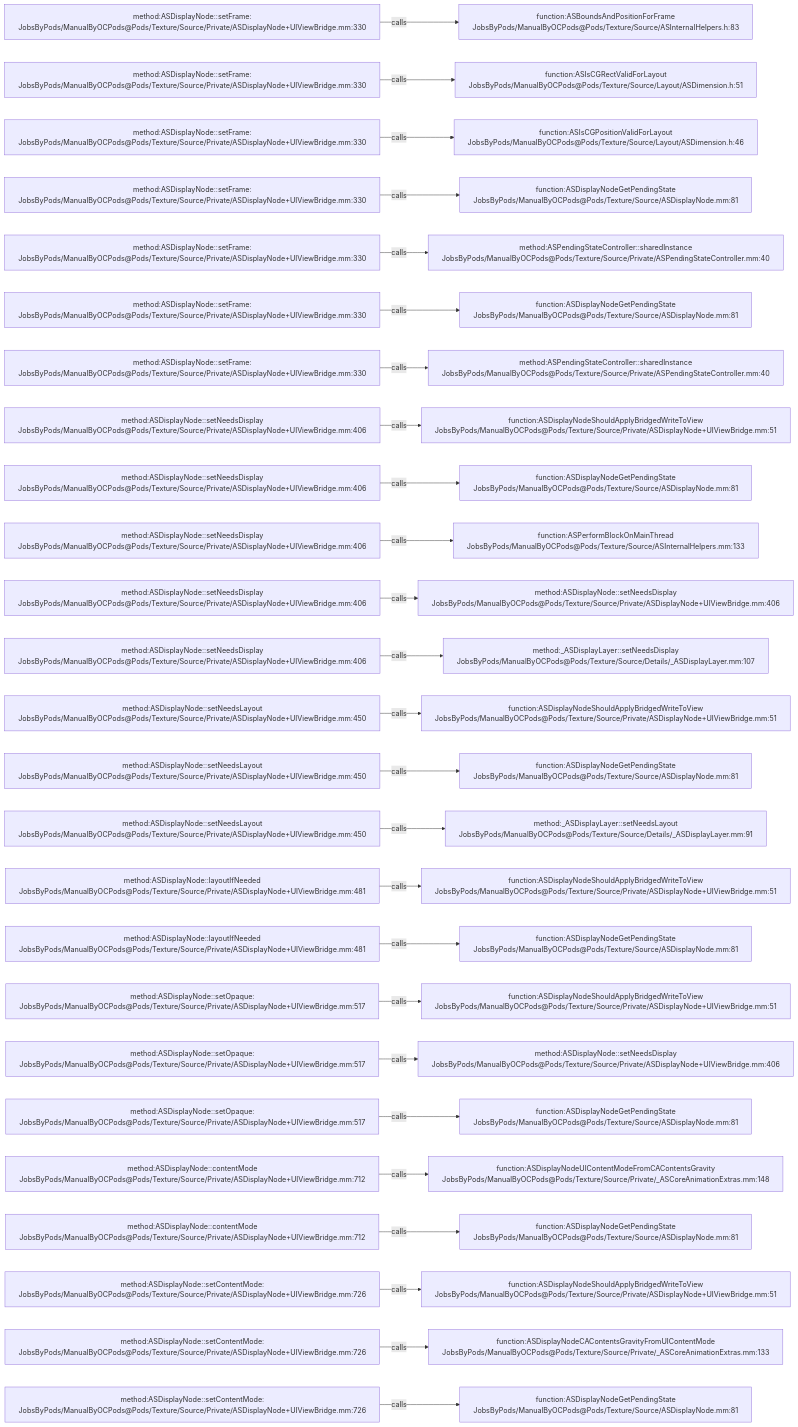
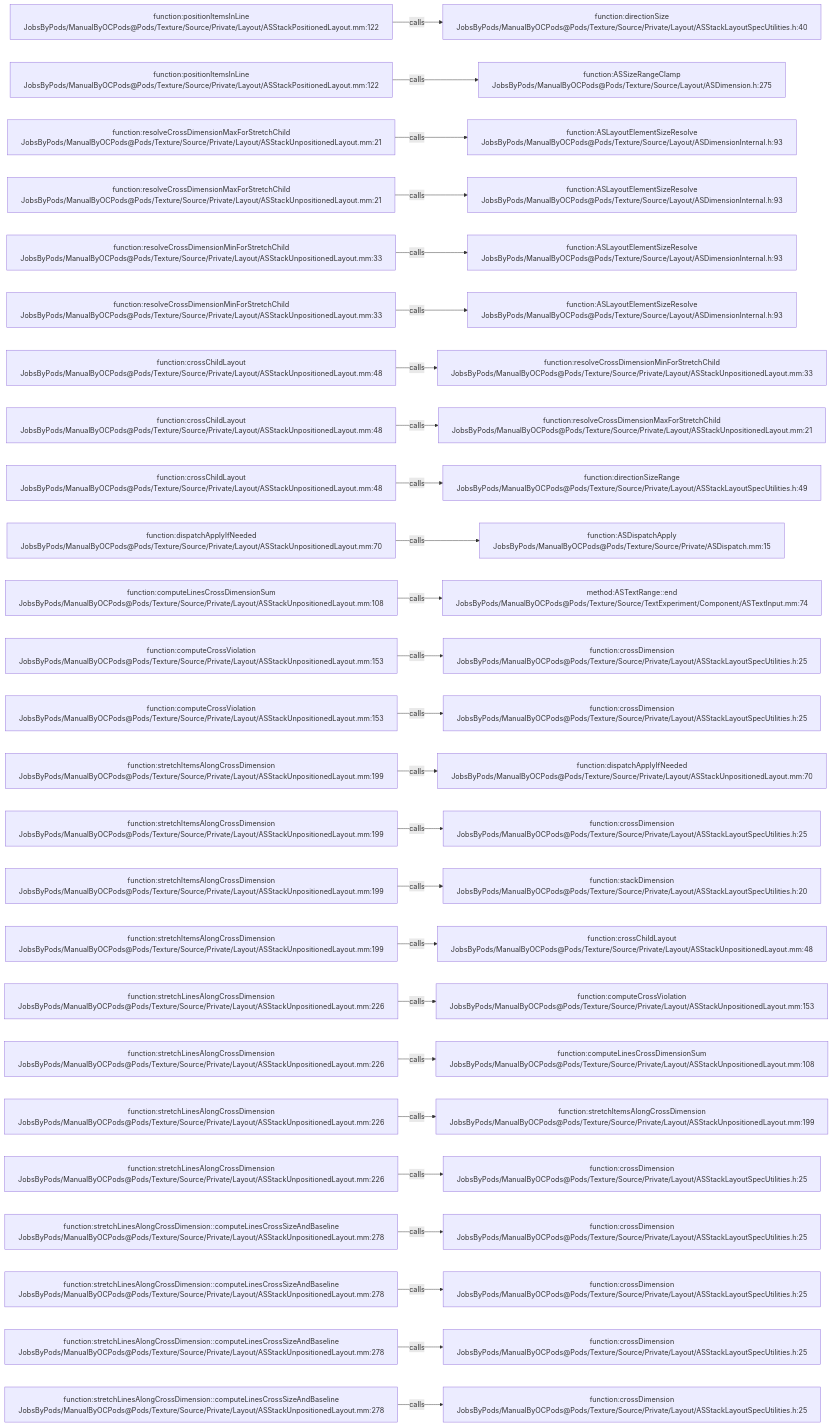
Before and after one commit to JobsKits/JobsOCBaseConfigDemo: the diagram in .codegraph/codegraph.md/graphs/calls-186.md, drawn with Mermaid. The commit also changed 1448 other files, not shown here.

````diff
--- a/.codegraph/codegraph.md/graphs/calls-186.md
+++ b/.codegraph/codegraph.md/graphs/calls-186.md
@@ -13,78 +13,78 @@
 ```mermaid
 flowchart LR
-  S1["method:ASDisplayNode::setFrame:<br/>JobsByPods/ManualByOCPods@Pods/Texture/Source/Private/ASDisplayNode+UIViewBridge.mm:330"]
-  T1["function:ASBoundsAndPositionForFrame<br/>JobsByPods/ManualByOCPods@Pods/Texture/Source/ASInternalHelpers.h:83"]
+  S1["function:positionItemsInLine<br/>JobsByPods/ManualByOCPods@Pods/Texture/Source/Private/Layout/ASStackPositionedLayout.mm:122"]
+  T1["function:directionSize<br/>JobsByPods/ManualByOCPods@Pods/Texture/Source/Private/Layout/ASStackLayoutSpecUtilities.h:40"]
   S1 -->|calls| T1
-  S2["method:ASDisplayNode::setFrame:<br/>JobsByPods/ManualByOCPods@Pods/Texture/Source/Private/ASDisplayNode+UIViewBridge.mm:330"]
-  T2["function:ASIsCGRectValidForLayout<br/>JobsByPods/ManualByOCPods@Pods/Texture/Source/Layout/ASDimension.h:51"]
+  S2["function:positionItemsInLine<br/>JobsByPods/ManualByOCPods@Pods/Texture/Source/Private/Layout/ASStackPositionedLayout.mm:122"]
+  T2["function:ASSizeRangeClamp<br/>JobsByPods/ManualByOCPods@Pods/Texture/Source/Layout/ASDimension.h:275"]
   S2 -->|calls| T2
-  S3["method:ASDisplayNode::setFrame:<br/>JobsByPods/ManualByOCPods@Pods/Texture/Source/Private/ASDisplayNode+UIViewBridge.mm:330"]
-  T3["function:ASIsCGPositionValidForLayout<br/>JobsByPods/ManualByOCPods@Pods/Texture/Source/Layout/ASDimension.h:46"]
+  S3["function:resolveCrossDimensionMaxForStretchChild<br/>JobsByPods/ManualByOCPods@Pods/Texture/Source/Private/Layout/ASStackUnpositionedLayout.mm:21"]
+  T3["function:ASLayoutElementSizeResolve<br/>JobsByPods/ManualByOCPods@Pods/Texture/Source/Layout/ASDimensionInternal.h:93"]
   S3 -->|calls| T3
-  S4["method:ASDisplayNode::setFrame:<br/>JobsByPods/ManualByOCPods@Pods/Texture/Source/Private/ASDisplayNode+UIViewBridge.mm:330"]
-  T4["function:ASDisplayNodeGetPendingState<br/>JobsByPods/ManualByOCPods@Pods/Texture/Source/ASDisplayNode.mm:81"]
+  S4["function:resolveCrossDimensionMaxForStretchChild<br/>JobsByPods/ManualByOCPods@Pods/Texture/Source/Private/Layout/ASStackUnpositionedLayout.mm:21"]
+  T4["function:ASLayoutElementSizeResolve<br/>JobsByPods/ManualByOCPods@Pods/Texture/Source/Layout/ASDimensionInternal.h:93"]
   S4 -->|calls| T4
-  S5["method:ASDisplayNode::setFrame:<br/>JobsByPods/ManualByOCPods@Pods/Texture/Source/Private/ASDisplayNode+UIViewBridge.mm:330"]
-  T5["method:ASPendingStateController::sharedInstance<br/>JobsByPods/ManualByOCPods@Pods/Texture/Source/Private/ASPendingStateController.mm:40"]
+  S5["function:resolveCrossDimensionMinForStretchChild<br/>JobsByPods/ManualByOCPods@Pods/Texture/Source/Private/Layout/ASStackUnpositionedLayout.mm:33"]
+  T5["function:ASLayoutElementSizeResolve<br/>JobsByPods/ManualByOCPods@Pods/Texture/Source/Layout/ASDimensionInternal.h:93"]
   S5 -->|calls| T5
-  S6["method:ASDisplayNode::setFrame:<br/>JobsByPods/ManualByOCPods@Pods/Texture/Source/Private/ASDisplayNode+UIViewBridge.mm:330"]
-  T6["function:ASDisplayNodeGetPendingState<br/>JobsByPods/ManualByOCPods@Pods/Texture/Source/ASDisplayNode.mm:81"]
+  S6["function:resolveCrossDimensionMinForStretchChild<br/>JobsByPods/ManualByOCPods@Pods/Texture/Source/Private/Layout/ASStackUnpositionedLayout.mm:33"]
+  T6["function:ASLayoutElementSizeResolve<br/>JobsByPods/ManualByOCPods@Pods/Texture/Source/Layout/ASDimensionInternal.h:93"]
   S6 -->|calls| T6
-  S7["method:ASDisplayNode::setFrame:<br/>JobsByPods/ManualByOCPods@Pods/Texture/Source/Private/ASDisplayNode+UIViewBridge.mm:330"]
-  T7["method:ASPendingStateController::sharedInstance<br/>JobsByPods/ManualByOCPods@Pods/Texture/Source/Private/ASPendingStateController.mm:40"]
+  S7["function:crossChildLayout<br/>JobsByPods/ManualByOCPods@Pods/Texture/Source/Private/Layout/ASStackUnpositionedLayout.mm:48"]
+  T7["function:resolveCrossDimensionMinForStretchChild<br/>JobsByPods/ManualByOCPods@Pods/Texture/Source/Private/Layout/ASStackUnpositionedLayout.mm:33"]
   S7 -->|calls| T7
-  S8["method:ASDisplayNode::setNeedsDisplay<br/>JobsByPods/ManualByOCPods@Pods/Texture/Source/Private/ASDisplayNode+UIViewBridge.mm:406"]
-  T8["function:ASDisplayNodeShouldApplyBridgedWriteToView<br/>JobsByPods/ManualByOCPods@Pods/Texture/Source/Private/ASDisplayNode+UIViewBridge.mm:51"]
+  S8["function:crossChildLayout<br/>JobsByPods/ManualByOCPods@Pods/Texture/Source/Private/Layout/ASStackUnpositionedLayout.mm:48"]
+  T8["function:resolveCrossDimensionMaxForStretchChild<br/>JobsByPods/ManualByOCPods@Pods/Texture/Source/Private/Layout/ASStackUnpositionedLayout.mm:21"]
   S8 -->|calls| T8
-  S9["method:ASDisplayNode::setNeedsDisplay<br/>JobsByPods/ManualByOCPods@Pods/Texture/Source/Private/ASDisplayNode+UIViewBridge.mm:406"]
-  T9["function:ASDisplayNodeGetPendingState<br/>JobsByPods/ManualByOCPods@Pods/Texture/Source/ASDisplayNode.mm:81"]
+  S9["function:crossChildLayout<br/>JobsByPods/ManualByOCPods@Pods/Texture/Source/Private/Layout/ASStackUnpositionedLayout.mm:48"]
+  T9["function:directionSizeRange<br/>JobsByPods/ManualByOCPods@Pods/Texture/Source/Private/Layout/ASStackLayoutSpecUtilities.h:49"]
   S9 -->|calls| T9
-  S10["method:ASDisplayNode::setNeedsDisplay<br/>JobsByPods/ManualByOCPods@Pods/Texture/Source/Private/ASDisplayNode+UIViewBridge.mm:406"]
-  T10["function:ASPerformBlockOnMainThread<br/>JobsByPods/ManualByOCPods@Pods/Texture/Source/ASInternalHelpers.mm:133"]
+  S10["function:dispatchApplyIfNeeded<br/>JobsByPods/ManualByOCPods@Pods/Texture/Source/Private/Layout/ASStackUnpositionedLayout.mm:70"]
+  T10["function:ASDispatchApply<br/>JobsByPods/ManualByOCPods@Pods/Texture/Source/Private/ASDispatch.mm:15"]
   S10 -->|calls| T10
-  S11["method:ASDisplayNode::setNeedsDisplay<br/>JobsByPods/ManualByOCPods@Pods/Texture/Source/Private/ASDisplayNode+UIViewBridge.mm:406"]
-  T11["method:ASDisplayNode::setNeedsDisplay<br/>JobsByPods/ManualByOCPods@Pods/Texture/Source/Private/ASDisplayNode+UIViewBridge.mm:406"]
+  S11["function:computeLinesCrossDimensionSum<br/>JobsByPods/ManualByOCPods@Pods/Texture/Source/Private/Layout/ASStackUnpositionedLayout.mm:108"]
+  T11["method:ASTextRange::end<br/>JobsByPods/ManualByOCPods@Pods/Texture/Source/TextExperiment/Component/ASTextInput.mm:74"]
   S11 -->|calls| T11
-  S12["method:ASDisplayNode::setNeedsDisplay<br/>JobsByPods/ManualByOCPods@Pods/Texture/Source/Private/ASDisplayNode+UIViewBridge.mm:406"]
-  T12["method:_ASDisplayLayer::setNeedsDisplay<br/>JobsByPods/ManualByOCPods@Pods/Texture/Source/Details/_ASDisplayLayer.mm:107"]
+  S12["function:computeCrossViolation<br/>JobsByPods/ManualByOCPods@Pods/Texture/Source/Private/Layout/ASStackUnpositionedLayout.mm:153"]
+  T12["function:crossDimension<br/>JobsByPods/ManualByOCPods@Pods/Texture/Source/Private/Layout/ASStackLayoutSpecUtilities.h:25"]
   S12 -->|calls| T12
-  S13["method:ASDisplayNode::setNeedsLayout<br/>JobsByPods/ManualByOCPods@Pods/Texture/Source/Private/ASDisplayNode+UIViewBridge.mm:450"]
-  T13["function:ASDisplayNodeShouldApplyBridgedWriteToView<br/>JobsByPods/ManualByOCPods@Pods/Texture/Source/Private/ASDisplayNode+UIViewBridge.mm:51"]
+  S13["function:computeCrossViolation<br/>JobsByPods/ManualByOCPods@Pods/Texture/Source/Private/Layout/ASStackUnpositionedLayout.mm:153"]
+  T13["function:crossDimension<br/>JobsByPods/ManualByOCPods@Pods/Texture/Source/Private/Layout/ASStackLayoutSpecUtilities.h:25"]
   S13 -->|calls| T13
-  S14["method:ASDisplayNode::setNeedsLayout<br/>JobsByPods/ManualByOCPods@Pods/Texture/Source/Private/ASDisplayNode+UIViewBridge.mm:450"]
-  T14["function:ASDisplayNodeGetPendingState<br/>JobsByPods/ManualByOCPods@Pods/Texture/Source/ASDisplayNode.mm:81"]
+  S14["function:stretchItemsAlongCrossDimension<br/>JobsByPods/ManualByOCPods@Pods/Texture/Source/Private/Layout/ASStackUnpositionedLayout.mm:199"]
+  T14["function:dispatchApplyIfNeeded<br/>JobsByPods/ManualByOCPods@Pods/Texture/Source/Private/Layout/ASStackUnpositionedLayout.mm:70"]
   S14 -->|calls| T14
-  S15["method:ASDisplayNode::setNeedsLayout<br/>JobsByPods/ManualByOCPods@Pods/Texture/Source/Private/ASDisplayNode+UIViewBridge.mm:450"]
-  T15["method:_ASDisplayLayer::setNeedsLayout<br/>JobsByPods/ManualByOCPods@Pods/Texture/Source/Details/_ASDisplayLayer.mm:91"]
+  S15["function:stretchItemsAlongCrossDimension<br/>JobsByPods/ManualByOCPods@Pods/Texture/Source/Private/Layout/ASStackUnpositionedLayout.mm:199"]
+  T15["function:crossDimension<br/>JobsByPods/ManualByOCPods@Pods/Texture/Source/Private/Layout/ASStackLayoutSpecUtilities.h:25"]
   S15 -->|calls| T15
-  S16["method:ASDisplayNode::layoutIfNeeded<br/>JobsByPods/ManualByOCPods@Pods/Texture/Source/Private/ASDisplayNode+UIViewBridge.mm:481"]
-  T16["function:ASDisplayNodeShouldApplyBridgedWriteToView<br/>JobsByPods/ManualByOCPods@Pods/Texture/Source/Private/ASDisplayNode+UIViewBridge.mm:51"]
+  S16["function:stretchItemsAlongCrossDimension<br/>JobsByPods/ManualByOCPods@Pods/Texture/Source/Private/Layout/ASStackUnpositionedLayout.mm:199"]
+  T16["function:stackDimension<br/>JobsByPods/ManualByOCPods@Pods/Texture/Source/Private/Layout/ASStackLayoutSpecUtilities.h:20"]
   S16 -->|calls| T16
-  S17["method:ASDisplayNode::layoutIfNeeded<br/>JobsByPods/ManualByOCPods@Pods/Texture/Source/Private/ASDisplayNode+UIViewBridge.mm:481"]
-  T17["function:ASDisplayNodeGetPendingState<br/>JobsByPods/ManualByOCPods@Pods/Texture/Source/ASDisplayNode.mm:81"]
+  S17["function:stretchItemsAlongCrossDimension<br/>JobsByPods/ManualByOCPods@Pods/Texture/Source/Private/Layout/ASStackUnpositionedLayout.mm:199"]
+  T17["function:crossChildLayout<br/>JobsByPods/ManualByOCPods@Pods/Texture/Source/Private/Layout/ASStackUnpositionedLayout.mm:48"]
   S17 -->|calls| T17
-  S18["method:ASDisplayNode::setOpaque:<br/>JobsByPods/ManualByOCPods@Pods/Texture/Source/Private/ASDisplayNode+UIViewBridge.mm:517"]
-  T18["function:ASDisplayNodeShouldApplyBridgedWriteToView<br/>JobsByPods/ManualByOCPods@Pods/Texture/Source/Private/ASDisplayNode+UIViewBridge.mm:51"]
+  S18["function:stretchLinesAlongCrossDimension<br/>JobsByPods/ManualByOCPods@Pods/Texture/Source/Private/Layout/ASStackUnpositionedLayout.mm:226"]
+  T18["function:computeCrossViolation<br/>JobsByPods/ManualByOCPods@Pods/Texture/Source/Private/Layout/ASStackUnpositionedLayout.mm:153"]
   S18 -->|calls| T18
-  S19["method:ASDisplayNode::setOpaque:<br/>JobsByPods/ManualByOCPods@Pods/Texture/Source/Private/ASDisplayNode+UIViewBridge.mm:517"]
-  T19["method:ASDisplayNode::setNeedsDisplay<br/>JobsByPods/ManualByOCPods@Pods/Texture/Source/Private/ASDisplayNode+UIViewBridge.mm:406"]
+  S19["function:stretchLinesAlongCrossDimension<br/>JobsByPods/ManualByOCPods@Pods/Texture/Source/Private/Layout/ASStackUnpositionedLayout.mm:226"]
+  T19["function:computeLinesCrossDimensionSum<br/>JobsByPods/ManualByOCPods@Pods/Texture/Source/Private/Layout/ASStackUnpositionedLayout.mm:108"]
   S19 -->|calls| T19
-  S20["method:ASDisplayNode::setOpaque:<br/>JobsByPods/ManualByOCPods@Pods/Texture/Source/Private/ASDisplayNode+UIViewBridge.mm:517"]
-  T20["function:ASDisplayNodeGetPendingState<br/>JobsByPods/ManualByOCPods@Pods/Texture/Source/ASDisplayNode.mm:81"]
+  S20["function:stretchLinesAlongCrossDimension<br/>JobsByPods/ManualByOCPods@Pods/Texture/Source/Private/Layout/ASStackUnpositionedLayout.mm:226"]
+  T20["function:stretchItemsAlongCrossDimension<br/>JobsByPods/ManualByOCPods@Pods/Texture/Source/Private/Layout/ASStackUnpositionedLayout.mm:199"]
   S20 -->|calls| T20
-  S21["method:ASDisplayNode::contentMode<br/>JobsByPods/ManualByOCPods@Pods/Texture/Source/Private/ASDisplayNode+UIViewBridge.mm:712"]
-  T21["function:ASDisplayNodeUIContentModeFromCAContentsGravity<br/>JobsByPods/ManualByOCPods@Pods/Texture/Source/Private/_ASCoreAnimationExtras.mm:148"]
+  S21["function:stretchLinesAlongCrossDimension<br/>JobsByPods/ManualByOCPods@Pods/Texture/Source/Private/Layout/ASStackUnpositionedLayout.mm:226"]
+  T21["function:crossDimension<br/>JobsByPods/ManualByOCPods@Pods/Texture/Source/Private/Layout/ASStackLayoutSpecUtilities.h:25"]
   S21 -->|calls| T21
-  S22["method:ASDisplayNode::contentMode<br/>JobsByPods/ManualByOCPods@Pods/Texture/Source/Private/ASDisplayNode+UIViewBridge.mm:712"]
-  T22["function:ASDisplayNodeGetPendingState<br/>JobsByPods/ManualByOCPods@Pods/Texture/Source/ASDisplayNode.mm:81"]
+  S22["function:stretchLinesAlongCrossDimension::computeLinesCrossSizeAndBaseline<br/>JobsByPods/ManualByOCPods@Pods/Texture/Source/Private/Layout/ASStackUnpositionedLayout.mm:278"]
+  T22["function:crossDimension<br/>JobsByPods/ManualByOCPods@Pods/Texture/Source/Private/Layout/ASStackLayoutSpecUtilities.h:25"]
   S22 -->|calls| T22
-  S23["method:ASDisplayNode::setContentMode:<br/>JobsByPods/ManualByOCPods@Pods/Texture/Source/Private/ASDisplayNode+UIViewBridge.mm:726"]
-  T23["function:ASDisplayNodeShouldApplyBridgedWriteToView<br/>JobsByPods/ManualByOCPods@Pods/Texture/Source/Private/ASDisplayNode+UIViewBridge.mm:51"]
+  S23["function:stretchLinesAlongCrossDimension::computeLinesCrossSizeAndBaseline<br/>JobsByPods/ManualByOCPods@Pods/Texture/Source/Private/Layout/ASStackUnpositionedLayout.mm:278"]
+  T23["function:crossDimension<br/>JobsByPods/ManualByOCPods@Pods/Texture/Source/Private/Layout/ASStackLayoutSpecUtilities.h:25"]
   S23 -->|calls| T23
-  S24["method:ASDisplayNode::setContentMode:<br/>JobsByPods/ManualByOCPods@Pods/Texture/Source/Private/ASDisplayNode+UIViewBridge.mm:726"]
-  T24["function:ASDisplayNodeCAContentsGravityFromUIContentMode<br/>JobsByPods/ManualByOCPods@Pods/Texture/Source/Private/_ASCoreAnimationExtras.mm:133"]
+  S24["function:stretchLinesAlongCrossDimension::computeLinesCrossSizeAndBaseline<br/>JobsByPods/ManualByOCPods@Pods/Texture/Source/Private/Layout/ASStackUnpositionedLayout.mm:278"]
+  T24["function:crossDimension<br/>JobsByPods/ManualByOCPods@Pods/Texture/Source/Private/Layout/ASStackLayoutSpecUtilities.h:25"]
   S24 -->|calls| T24
-  S25["method:ASDisplayNode::setContentMode:<br/>JobsByPods/ManualByOCPods@Pods/Texture/Source/Private/ASDisplayNode+UIViewBridge.mm:726"]
-  T25["function:ASDisplayNodeGetPendingState<br/>JobsByPods/ManualByOCPods@Pods/Texture/Source/ASDisplayNode.mm:81"]
+  S25["function:stretchLinesAlongCrossDimension::computeLinesCrossSizeAndBaseline<br/>JobsByPods/ManualByOCPods@Pods/Texture/Source/Private/Layout/ASStackUnpositionedLayout.mm:278"]
+  T25["function:crossDimension<br/>JobsByPods/ManualByOCPods@Pods/Texture/Source/Private/Layout/ASStackLayoutSpecUtilities.h:25"]
   S25 -->|calls| T25
 ```
````
